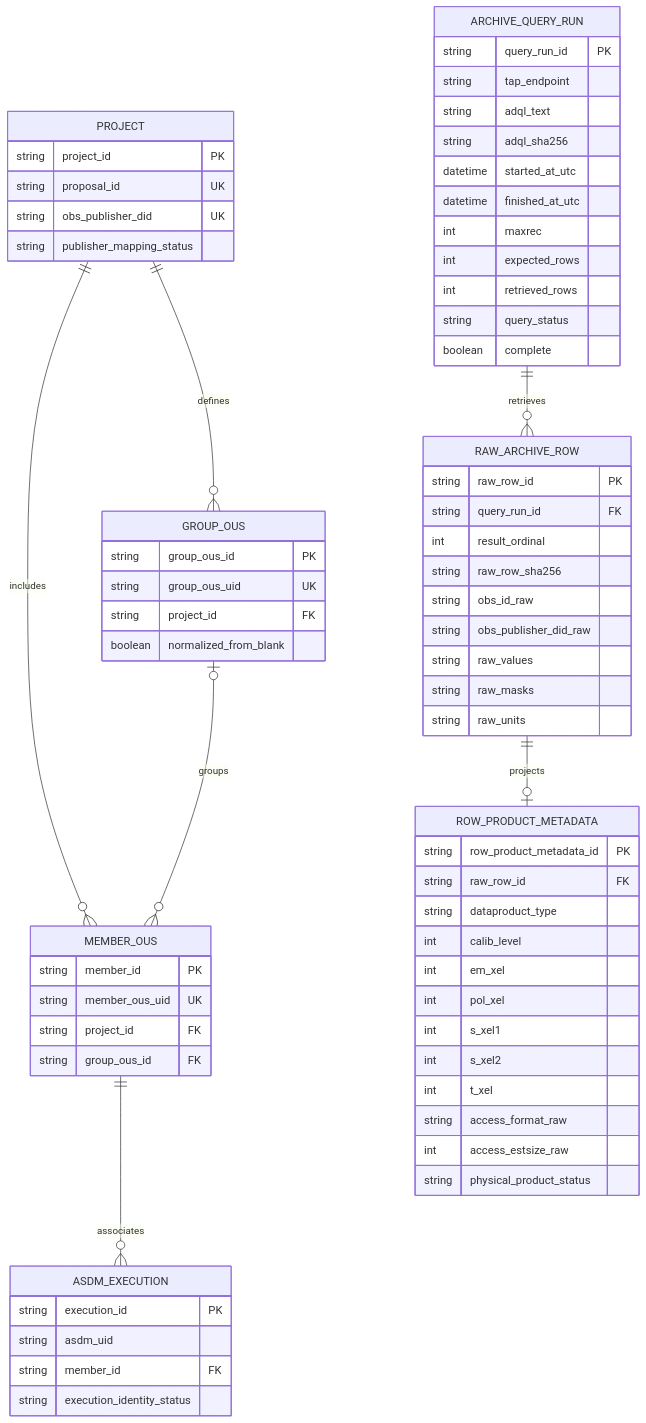
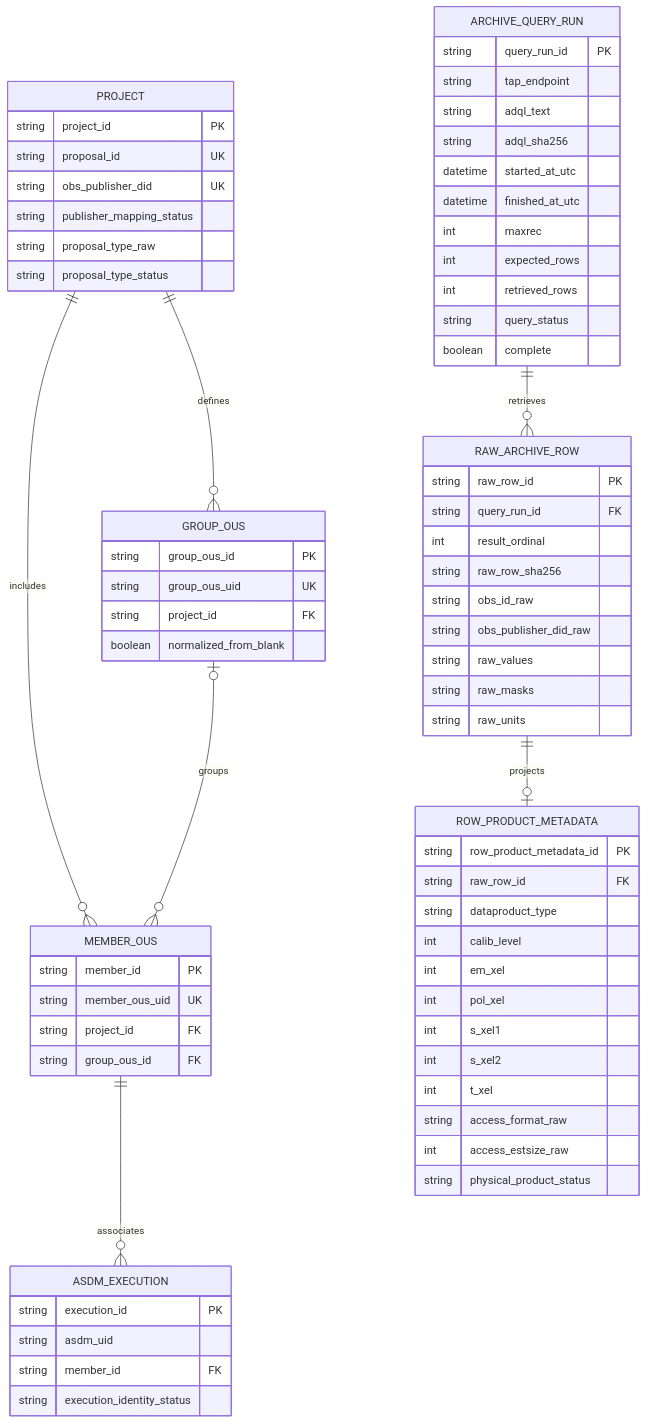
The second of 4 diagrams in docs/data_model.md (skycharon2/alma-duplication-tool), drawn with Mermaid before and after one commit. The commit also changed other lines of this file and 1 other file, not shown here.

````diff
--- a/docs/data_model.md
+++ b/docs/data_model.md
@@ -112,78 +131,80 @@
 ```mermaid
 erDiagram
     PROJECT ||--o{ GROUP_OUS : defines
     PROJECT ||--o{ MEMBER_OUS : includes
     GROUP_OUS o|--o{ MEMBER_OUS : groups
     MEMBER_OUS ||--o{ ASDM_EXECUTION : associates
     ARCHIVE_QUERY_RUN ||--o{ RAW_ARCHIVE_ROW : retrieves
     RAW_ARCHIVE_ROW ||--o| ROW_PRODUCT_METADATA : projects
 
     PROJECT {
         string project_id PK
         string proposal_id UK
         string obs_publisher_did UK
         string publisher_mapping_status
+        string proposal_type_raw
+        string proposal_type_status
     }
 
     GROUP_OUS {
         string group_ous_id PK
         string group_ous_uid UK
         string project_id FK
         boolean normalized_from_blank
     }
 
     MEMBER_OUS {
         string member_id PK
         string member_ous_uid UK
         string project_id FK
         string group_ous_id FK
     }
 
     ASDM_EXECUTION {
         string execution_id PK
         string asdm_uid
         string member_id FK
         string execution_identity_status
     }
 
     ARCHIVE_QUERY_RUN {
         string query_run_id PK
         string tap_endpoint
         string adql_text
         string adql_sha256
         datetime started_at_utc
         datetime finished_at_utc
         int maxrec
         int expected_rows
         int retrieved_rows
         string query_status
         boolean complete
     }
 
     RAW_ARCHIVE_ROW {
         string raw_row_id PK
         string query_run_id FK
         int result_ordinal
         string raw_row_sha256
         string obs_id_raw
         string obs_publisher_did_raw
         string raw_values
         string raw_masks
         string raw_units
     }
 
     ROW_PRODUCT_METADATA {
         string row_product_metadata_id PK
         string raw_row_id FK
         string dataproduct_type
         int calib_level
         int em_xel
         int pol_xel
         int s_xel1
         int s_xel2
         int t_xel
         string access_format_raw
         int access_estsize_raw
         string physical_product_status
     }
 ```
````
